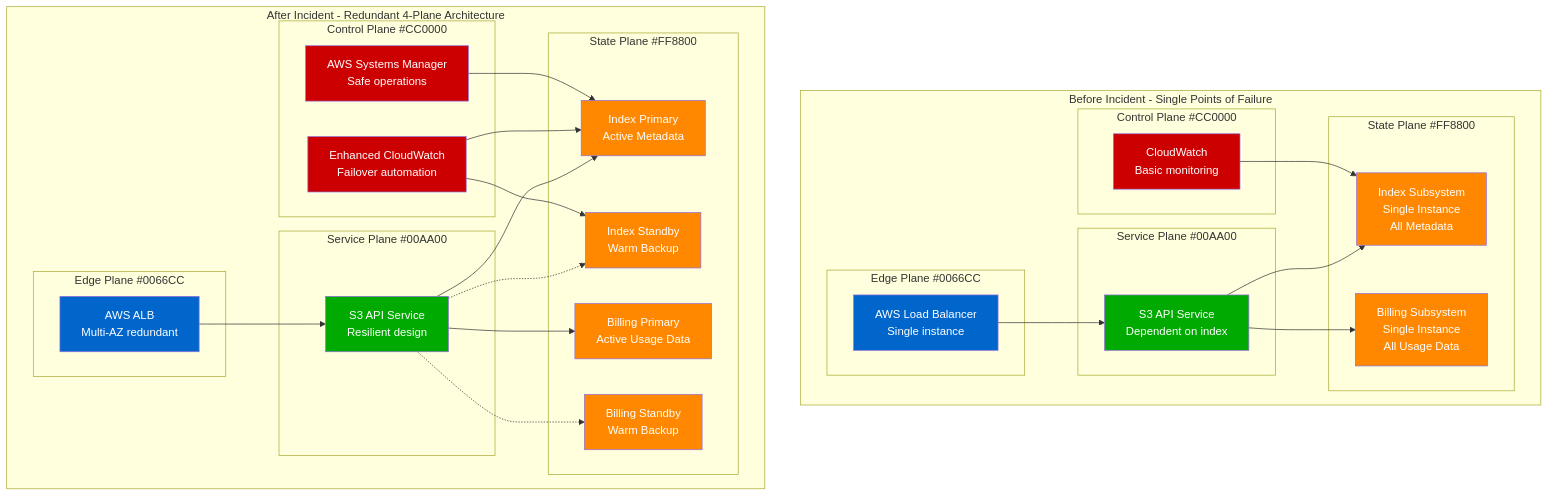
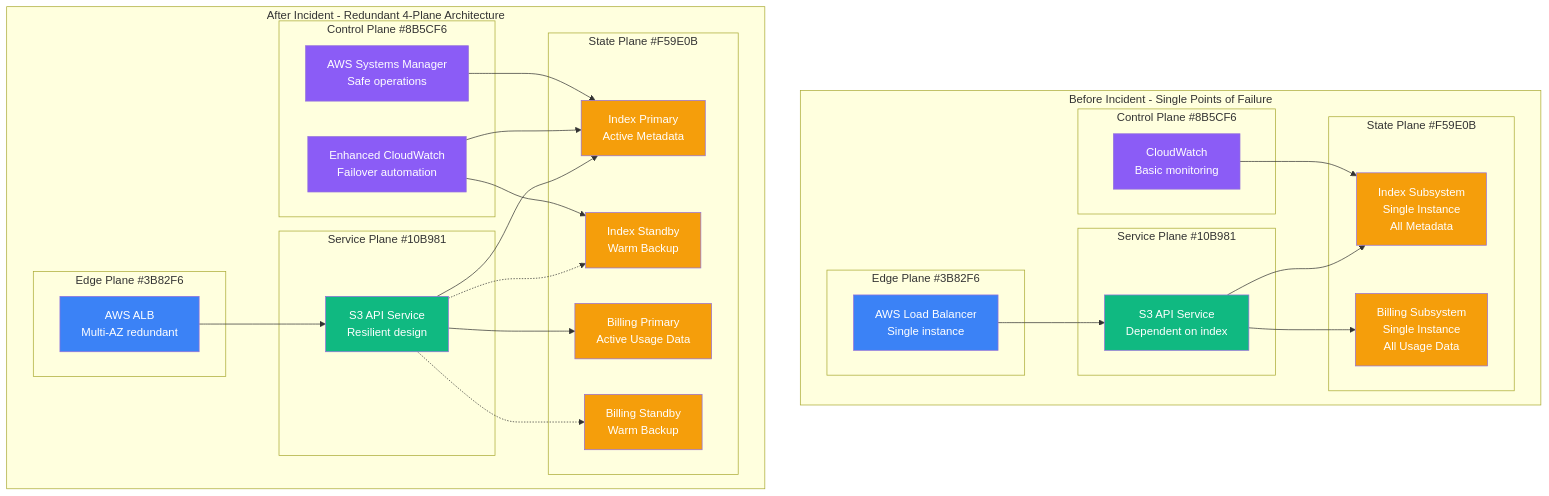
The second of 2 diagrams in site/docs/incidents/aws-s3-2017.md (deepaucksharma/DS), drawn with Mermaid before and after one commit. The commit also changed other lines of this file and 303 other files, not shown here.

````diff
--- a/site/docs/incidents/aws-s3-2017.md
+++ b/site/docs/incidents/aws-s3-2017.md
@@ -279,68 +279,68 @@
 ```mermaid
 graph TB
     subgraph Before["Before Incident - Single Points of Failure"]
-        subgraph EdgeBefore["Edge Plane #0066CC"]
+        subgraph EdgeBefore["Edge Plane #3B82F6"]
             LoadBalancer["AWS Load Balancer<br/>Single instance"]
         end
 
-        subgraph ServiceBefore["Service Plane #00AA00"]
+        subgraph ServiceBefore["Service Plane #10B981"]
             S3API["S3 API Service<br/>Dependent on index"]
         end
 
-        subgraph StateBefore["State Plane #FF8800"]
+        subgraph StateBefore["State Plane #F59E0B"]
             IndexSingle["Index Subsystem<br/>Single Instance<br/>All Metadata"]
             BillingSingle["Billing Subsystem<br/>Single Instance<br/>All Usage Data"]
         end
 
-        subgraph ControlBefore["Control Plane #CC0000"]
+        subgraph ControlBefore["Control Plane #8B5CF6"]
             MonitoringBefore["CloudWatch<br/>Basic monitoring"]
         end
 
         LoadBalancer --> S3API
         S3API --> IndexSingle
         S3API --> BillingSingle
         MonitoringBefore --> IndexSingle
     end
 
     subgraph After["After Incident - Redundant 4-Plane Architecture"]
-        subgraph EdgeAfter["Edge Plane #0066CC"]
+        subgraph EdgeAfter["Edge Plane #3B82F6"]
             LoadBalancerNew["AWS ALB<br/>Multi-AZ redundant"]
         end
 
-        subgraph ServiceAfter["Service Plane #00AA00"]
+        subgraph ServiceAfter["Service Plane #10B981"]
             S3APINew["S3 API Service<br/>Resilient design"]
         end
 
-        subgraph StateAfter["State Plane #FF8800"]
+        subgraph StateAfter["State Plane #F59E0B"]
             IndexPrimary["Index Primary<br/>Active Metadata"]
             IndexStandby["Index Standby<br/>Warm Backup"]
             BillingPrimary["Billing Primary<br/>Active Usage Data"]
             BillingStandby["Billing Standby<br/>Warm Backup"]
         end
 
-        subgraph ControlAfter["Control Plane #CC0000"]
+        subgraph ControlAfter["Control Plane #8B5CF6"]
             MonitoringAfter["Enhanced CloudWatch<br/>Failover automation"]
             AutomationAfter["AWS Systems Manager<br/>Safe operations"]
         end
 
         LoadBalancerNew --> S3APINew
         S3APINew --> IndexPrimary
         S3APINew -.-> IndexStandby
         S3APINew --> BillingPrimary
         S3APINew -.-> BillingStandby
         MonitoringAfter --> IndexPrimary
         MonitoringAfter --> IndexStandby
         AutomationAfter --> IndexPrimary
     end
 
     %% Apply 4-plane architecture colors
-    classDef edgeStyle fill:#0066CC,color:#fff
-    classDef serviceStyle fill:#00AA00,color:#fff
-    classDef stateStyle fill:#FF8800,color:#fff
-    classDef controlStyle fill:#CC0000,color:#fff
+    classDef edgeStyle fill:#3B82F6,color:#fff
+    classDef serviceStyle fill:#10B981,color:#fff
+    classDef stateStyle fill:#F59E0B,color:#fff
+    classDef controlStyle fill:#8B5CF6,color:#fff
 
     class LoadBalancer,LoadBalancerNew edgeStyle
     class S3API,S3APINew serviceStyle
     class IndexSingle,BillingSingle,IndexPrimary,IndexStandby,BillingPrimary,BillingStandby stateStyle
     class MonitoringBefore,MonitoringAfter,AutomationAfter controlStyle
 ```
````
